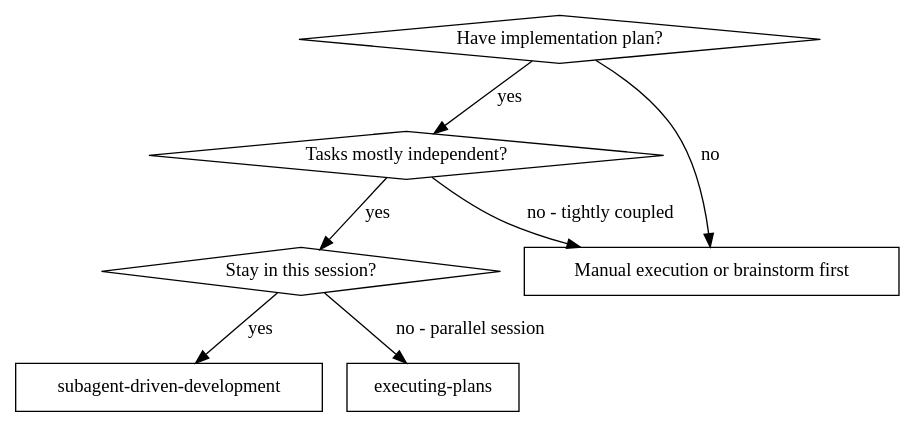
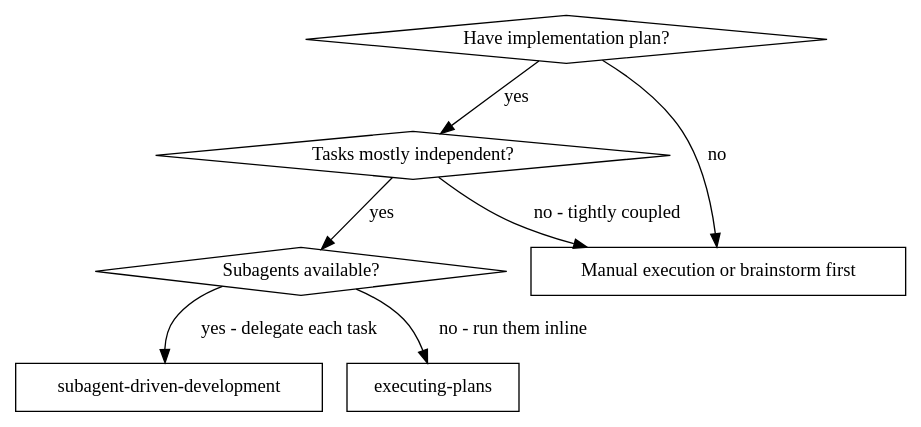
The first of 2 diagrams in .claude/skills/subagent-driven-development/SKILL.md (mingtc/sdlc_dev_kit), drawn with Graphviz before and after one commit. The commit also changed other lines of this file and 42 other files, not shown here.

````diff
--- a/.claude/skills/subagent-driven-development/SKILL.md
+++ b/.claude/skills/subagent-driven-development/SKILL.md
@@ -18,17 +18,17 @@
 ```dot
 digraph when_to_use {
     "Have implementation plan?" [shape=diamond];
     "Tasks mostly independent?" [shape=diamond];
-    "Stay in this session?" [shape=diamond];
+    "Subagents available?" [shape=diamond];
     "subagent-driven-development" [shape=box];
     "executing-plans" [shape=box];
     "Manual execution or brainstorm first" [shape=box];
 
     "Have implementation plan?" -> "Tasks mostly independent?" [label="yes"];
     "Have implementation plan?" -> "Manual execution or brainstorm first" [label="no"];
-    "Tasks mostly independent?" -> "Stay in this session?" [label="yes"];
+    "Tasks mostly independent?" -> "Subagents available?" [label="yes"];
     "Tasks mostly independent?" -> "Manual execution or brainstorm first" [label="no - tightly coupled"];
-    "Stay in this session?" -> "subagent-driven-development" [label="yes"];
-    "Stay in this session?" -> "executing-plans" [label="no - parallel session"];
+    "Subagents available?" -> "subagent-driven-development" [label="yes - delegate each task"];
+    "Subagents available?" -> "executing-plans" [label="no - run them inline"];
 }
 ```
````
